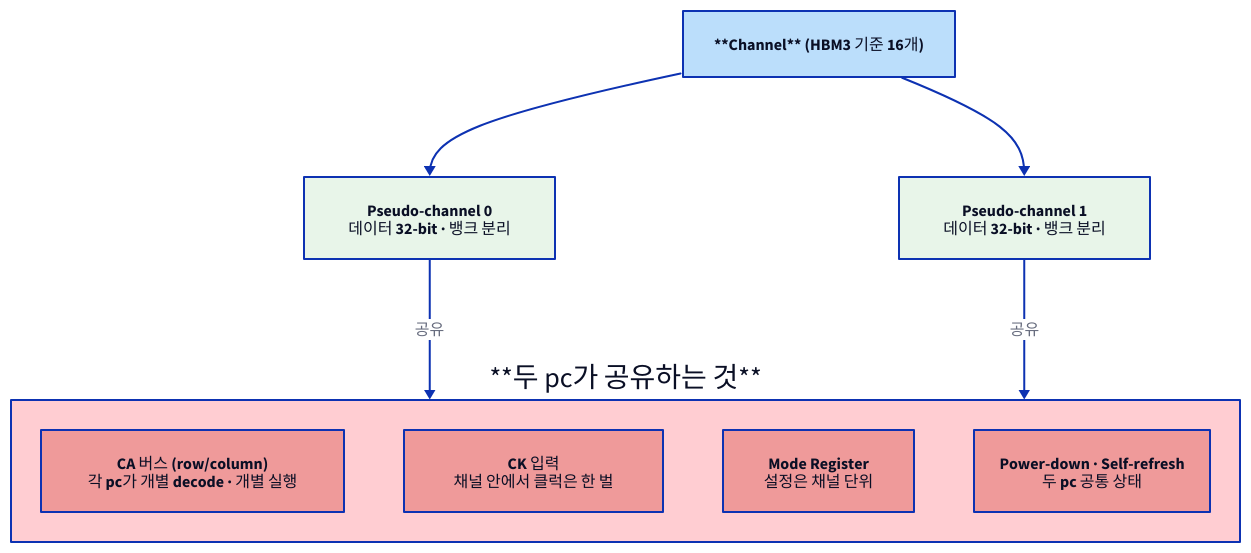
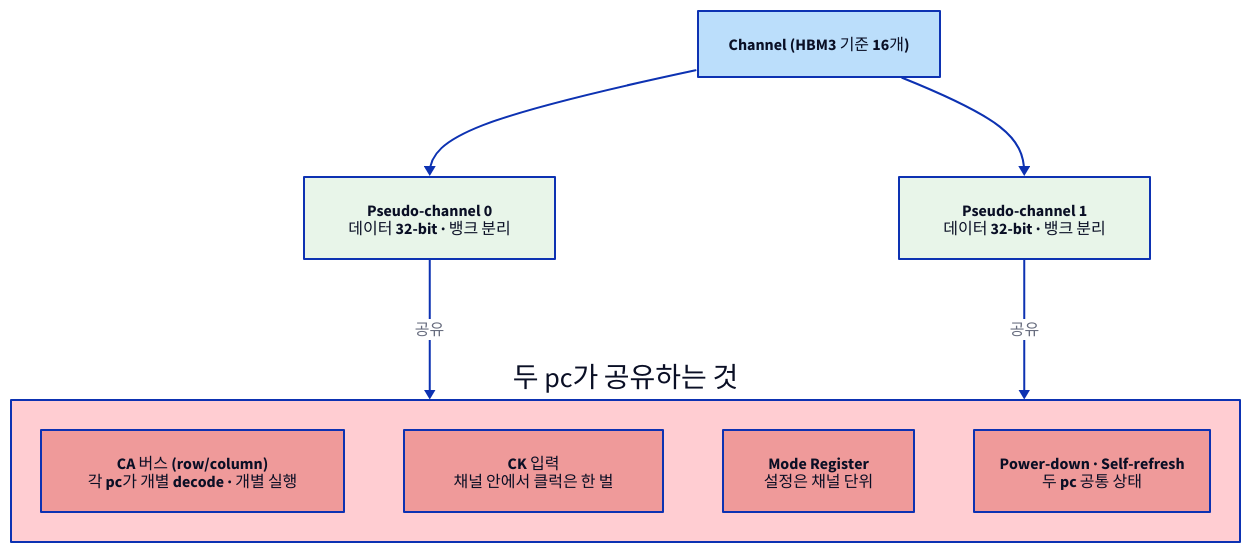
The diagram in starlight_site/src/content/docs/hbm/04_channels_addressing.md (humbleowl39/DV_SKOOL), drawn with D2 before and after one commit. The commit also changed 714 other files, not shown here.

First line of the commit message:
fix(site): d2 다이어그램 가독성 결함 6종 일괄 수정

````diff
--- a/starlight_site/src/content/docs/hbm/04_channels_addressing.md
+++ b/starlight_site/src/content/docs/hbm/04_channels_addressing.md
@@ -103,27 +103,27 @@
 ```d2
 direction: down
 
-CH: "**Channel** (HBM3 기준 16개)" {
+CH: "Channel (HBM3 기준 16개)" {
   style.fill: "#bbdefb"
   style.font-color: "#0A0F25"
   desc: "데이터 I/O 64-bit · 뱅크 분리 · CA 버스 분리\n→ 채널 간에는 독립성이 높다"
 }
 
 PC0: "Pseudo-channel 0\n데이터 32-bit · 뱅크 분리" { style.fill: "#e8f5e9"; style.font-color: "#0A0F25" }
 PC1: "Pseudo-channel 1\n데이터 32-bit · 뱅크 분리" { style.fill: "#e8f5e9"; style.font-color: "#0A0F25" }
 
-SHARED: "**두 pc가 공유하는 것**" {
+SHARED: "두 pc가 공유하는 것" {
   style.fill: "#ffcdd2"
   style.font-color: "#0A0F25"
 
   CA: "CA 버스 (row/column)\n각 pc가 개별 decode · 개별 실행" { style.fill: "#ef9a9a"; style.font-color: "#0A0F25" }
   CK: "CK 입력\n채널 안에서 클럭은 한 벌" { style.fill: "#ef9a9a"; style.font-color: "#0A0F25" }
   MR: "Mode Register\n설정은 채널 단위" { style.fill: "#ef9a9a"; style.font-color: "#0A0F25" }
   PDSR: "Power-down · Self-refresh\n두 pc 공통 상태" { style.fill: "#ef9a9a"; style.font-color: "#0A0F25" }
 }
 
 CH -> PC0
 CH -> PC1
 PC0 -> SHARED: "공유"
 PC1 -> SHARED: "공유"
 ```
````
